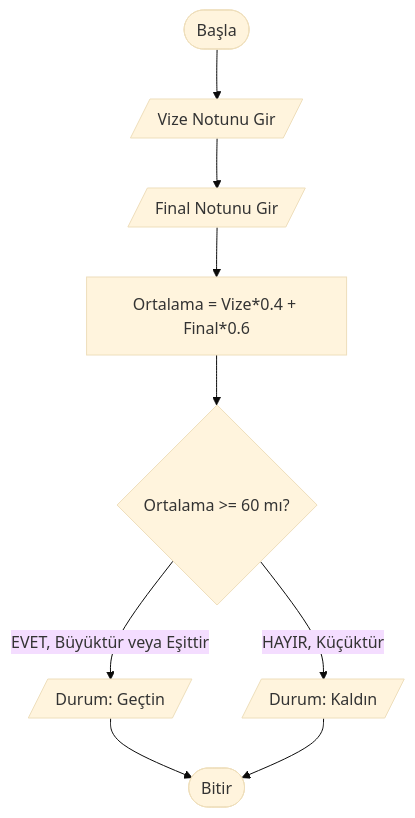
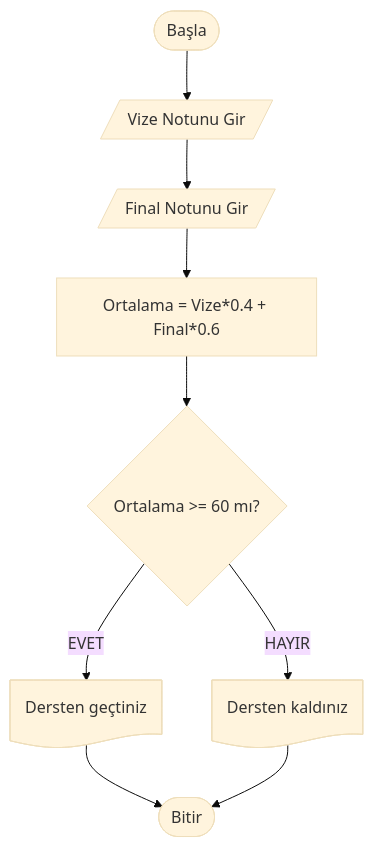
One commit to ibrahimayaz/Algoritma-ve-Programlamaya-Giris changed the third of 3 diagrams in Hafta_04_Akis_Diyagramlari_1.md. Above: the diagram before and after it, drawn with Mermaid (base theme). The commit also changed other lines of this file and 3 other files, not shown here.

````diff
--- a/Hafta_04_Akis_Diyagramlari_1.md
+++ b/Hafta_04_Akis_Diyagramlari_1.md
@@ -98,13 +96,13 @@
 ```mermaid
 graph TD
     A([Başla]) --> B[/Vize Notunu Gir/]
     B --> C[/Final Notunu Gir/]
     C --> D[Ortalama = Vize*0.4 + Final*0.6]
     D --> E{Ortalama >= 60 mı?}
     
-    E -- EVET, Büyüktür veya Eşittir --> F[/Durum: Geçtin/]
-    E -- HAYIR, Küçüktür --> G[/Durum: Kaldın/]
+    E -- EVET --> F@{ shape: doc, label: "Dersten geçtiniz" }
+    E -- HAYIR --> G@{ shape: doc, label: "Dersten kaldınız" }
     
     F --> H([Bitir])
     G --> H([Bitir])
 ```
````
